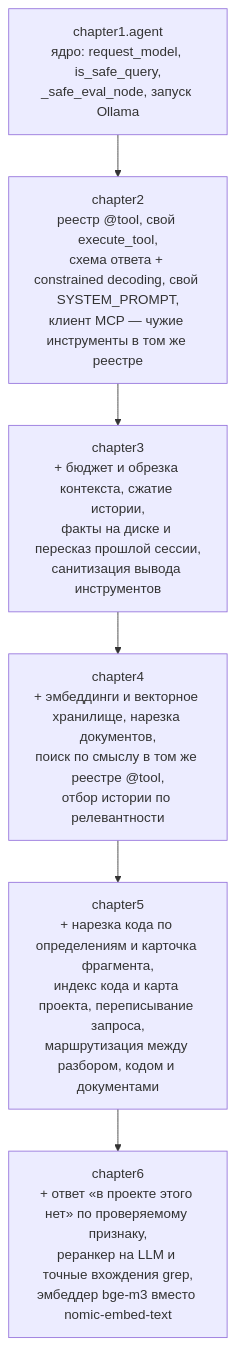
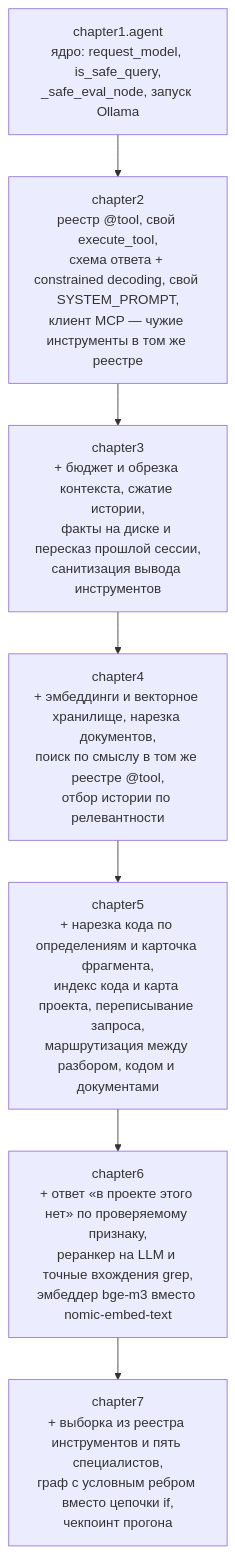
Before and after one commit to io982/firstAgent: the diagram in README.md, drawn with Mermaid. The commit also changed other lines of this file and 18 other files, not shown here.

````diff
--- a/README.md
+++ b/README.md
@@ -375,9 +379,10 @@
 ```mermaid
 graph TD
     Base["chapter1.agent<br/>ядро: request_model, is_safe_query,<br/>_safe_eval_node, запуск Ollama"]
     Base --> Ch2["chapter2<br/>реестр @tool, свой execute_tool,<br/>схема ответа + constrained decoding, свой SYSTEM_PROMPT,<br/>клиент MCP — чужие инструменты в том же реестре"]
     Ch2 --> Ch3["chapter3<br/>+ бюджет и обрезка контекста, сжатие истории,<br/>факты на диске и пересказ прошлой сессии,<br/>санитизация вывода инструментов"]
     Ch3 --> Ch4["chapter4<br/>+ эмбеддинги и векторное хранилище, нарезка документов,<br/>поиск по смыслу в том же реестре @tool,<br/>отбор истории по релевантности"]
     Ch4 --> Ch5["chapter5<br/>+ нарезка кода по определениям и карточка фрагмента,<br/>индекс кода и карта проекта, переписывание запроса,<br/>маршрутизация между разбором, кодом и документами"]
     Ch5 --> Ch6["chapter6<br/>+ ответ «в проекте этого нет» по проверяемому признаку,<br/>реранкер на LLM и точные вхождения grep,<br/>эмбеддер bge-m3 вместо nomic-embed-text"]
+    Ch6 --> Ch7["chapter7<br/>+ выборка из реестра инструментов и пять специалистов,<br/>граф с условным ребром вместо цепочки if,<br/>чекпоинт прогона"]
 ```
````
